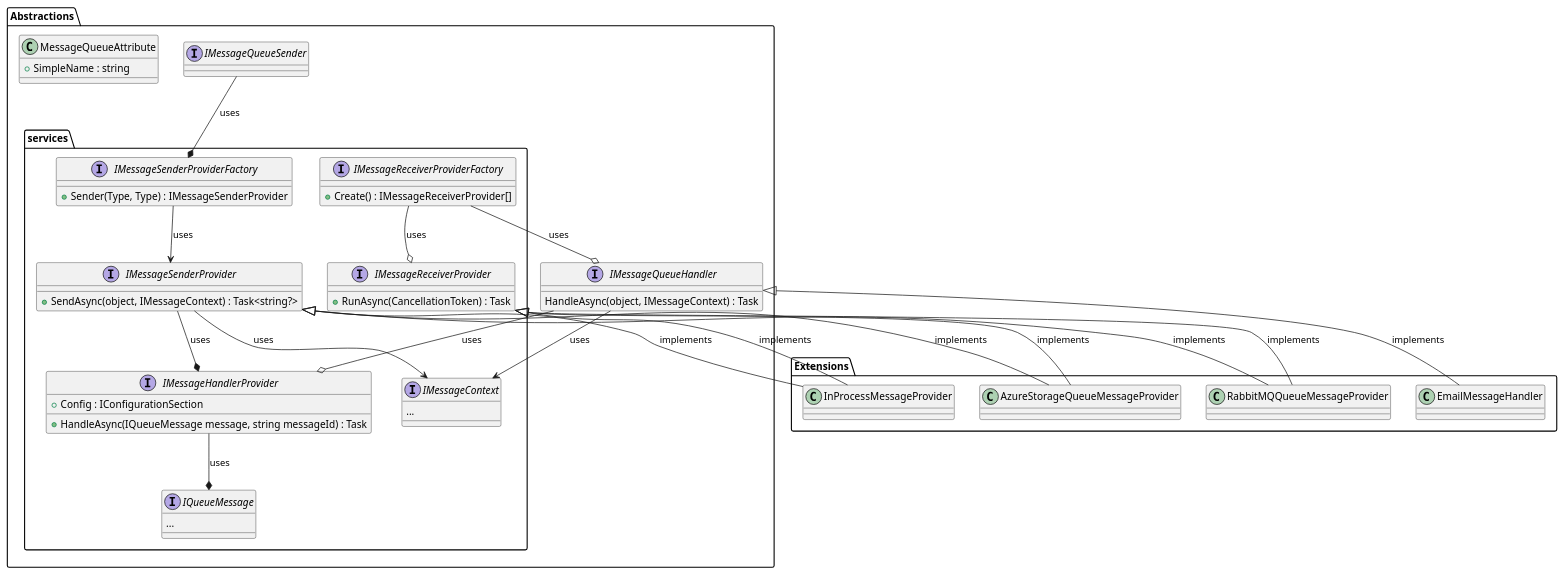
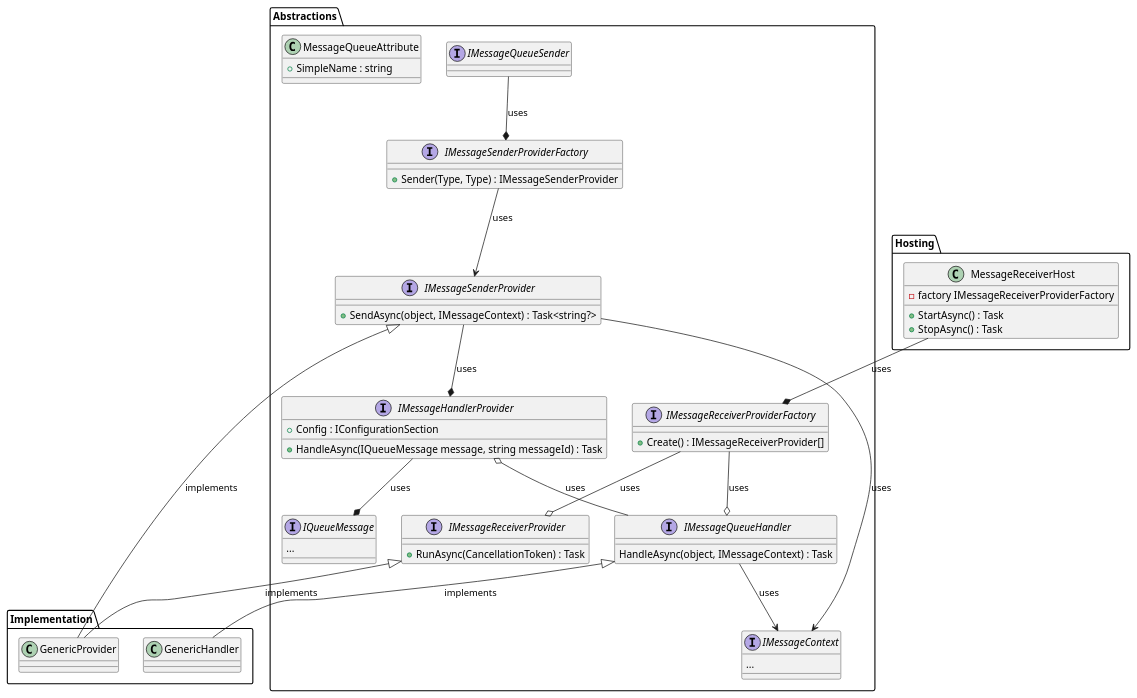
Before and after one commit to mwwhited-forks/dotnet-libs: the diagram in docs/Framework/MessageQueueing.md, drawn with PlantUML. The commit also changed 7 other files, not shown here.

````diff
--- a/docs/Framework/MessageQueueing.md
+++ b/docs/Framework/MessageQueueing.md
@@ -15,68 +15,70 @@
 ```plantuml
+top to bottom direction 
+
 package Abstractions {
     interface IMessageQueueSender {
     }
     interface IMessageQueueHandler {
         HandleAsync(object, IMessageContext) : Task
     }
     class MessageQueueAttribute {
         + SimpleName : string 
     }
 
-    package services {
-        interface IMessageContext {
-            ...
-        }
-        interface IMessageHandlerProvider {
-            + HandleAsync(IQueueMessage message, string messageId) : Task
-            + Config : IConfigurationSection
-        }
-        interface IMessageReceiverProvider {
-            + RunAsync(CancellationToken) : Task
-        }
-        interface IMessageReceiverProviderFactory{
-            + Create() : IMessageReceiverProvider[]
-        }
-        interface IMessageSenderProvider {
-            + SendAsync(object, IMessageContext) : Task<string?>
-        }
-        interface IMessageSenderProviderFactory {
-            + Sender(Type, Type) : IMessageSenderProvider
-        }
-        interface IQueueMessage {
-            ...
-        }
-    }    
+    interface IMessageContext {
+        ...
+    }
+    interface IMessageHandlerProvider {
+        + HandleAsync(IQueueMessage message, string messageId) : Task
+        + Config : IConfigurationSection
+    }
+    interface IMessageReceiverProvider {
+        + RunAsync(CancellationToken) : Task
+    }
+    interface IMessageReceiverProviderFactory {
+        + Create() : IMessageReceiverProvider[]
+    }
+    interface IMessageSenderProvider {
+        + SendAsync(object, IMessageContext) : Task<string?>
+    }
+    interface IMessageSenderProviderFactory {
+        + Sender(Type, Type) : IMessageSenderProvider
+    }
+    interface IQueueMessage {
+        ...
+    }
 }
 
-package Extensions {
-    class EmailMessageHandler 
-    class AzureStorageQueueMessageProvider
-    class RabbitMQQueueMessageProvider 
-    class InProcessMessageProvider
+package Implementation {
+    class GenericHandler 
+    class GenericProvider
+}
+
+package Hosting  {
+    class MessageReceiverHost {
+        - factory IMessageReceiverProviderFactory
+        + StartAsync() : Task
+        + StopAsync() : Task
+    }
 }
 
 IMessageQueueHandler --> IMessageContext : uses
 IMessageSenderProvider --> IMessageContext : uses
 IMessageHandlerProvider o-- IMessageQueueHandler : uses
 
 IMessageQueueSender  --* IMessageSenderProviderFactory : uses
 IMessageHandlerProvider  --* IQueueMessage : uses
 IMessageSenderProviderFactory  --> IMessageSenderProvider : uses
 IMessageReceiverProviderFactory  --o IMessageReceiverProvider : uses
 IMessageReceiverProviderFactory  --o IMessageQueueHandler : uses
 
 IMessageSenderProvider --* IMessageHandlerProvider : uses
 
-IMessageSenderProvider ^-- AzureStorageQueueMessageProvider : implements 
-IMessageReceiverProvider ^-- AzureStorageQueueMessageProvider : implements 
+IMessageSenderProvider ^-- GenericProvider : implements 
+IMessageReceiverProvider ^-- GenericProvider : implements 
 
-IMessageSenderProvider ^-- RabbitMQQueueMessageProvider : implements 
-IMessageReceiverProvider ^-- RabbitMQQueueMessageProvider : implements 
+IMessageQueueHandler ^-- GenericHandler : implements
 
-IMessageSenderProvider ^-- InProcessMessageProvider : implements 
-IMessageReceiverProvider ^-- InProcessMessageProvider : implements 
-
-IMessageQueueHandler ^-- EmailMessageHandler : implements
+MessageReceiverHost --* IMessageReceiverProviderFactory : uses
 
 ```
````
